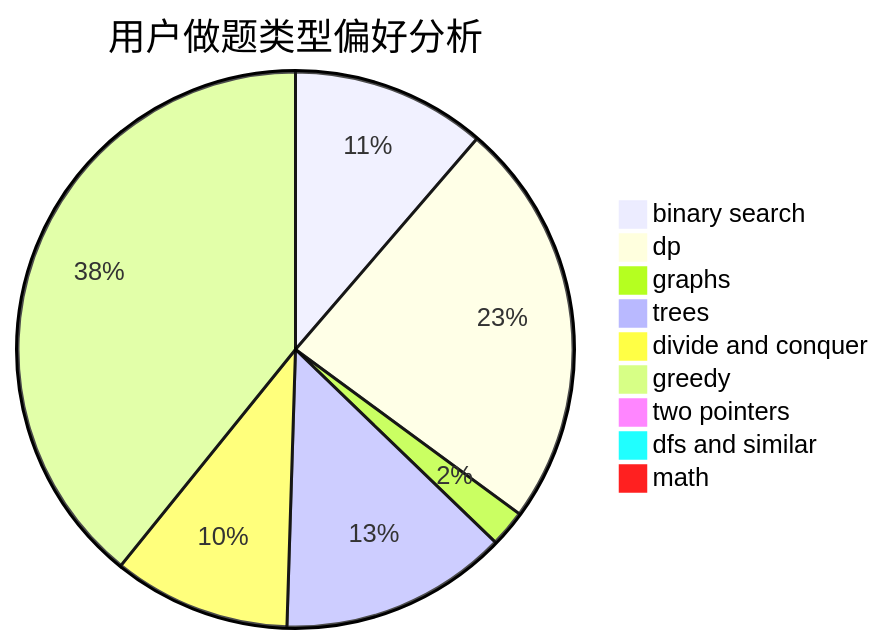
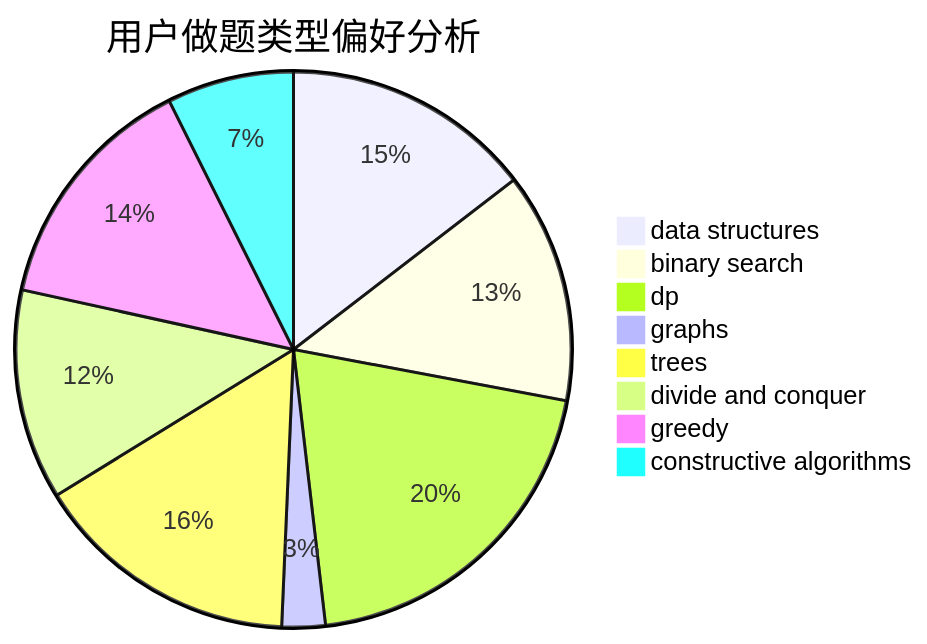
Before and after one commit to sherpahu/cfrs.github.io: the second of 3 diagrams in docs/user/u1629.md, drawn with Mermaid. The commit also changed other lines of this file and 2775 other files, not shown here.

````diff
--- a/docs/user/u1629.md
+++ b/docs/user/u1629.md
@@ -23,12 +23,11 @@
 ```mermaid
 pie title 用户做题类型偏好分析
+    "data structures" :  75
     "binary search" :  69
-    "dp" :  145
+    "dp" :  104
     "graphs" :  13
-    "trees" :  81
+    "trees" :  80
     "divide and conquer" :  63
-    "greedy" :  239
-    "two pointers" :  0
-    "dfs and similar" :  6
-    "math" :  6
+    "greedy" :  73
+    "constructive algorithms" :  38
 ```
````
